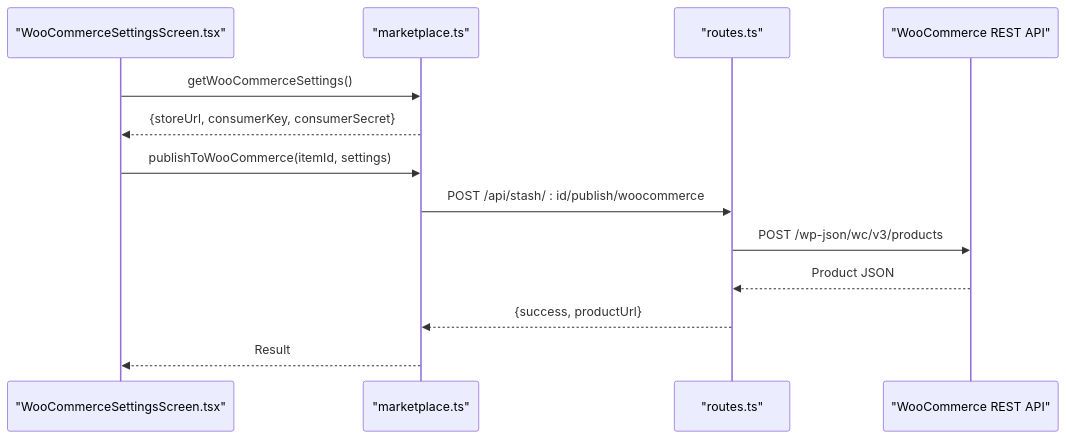
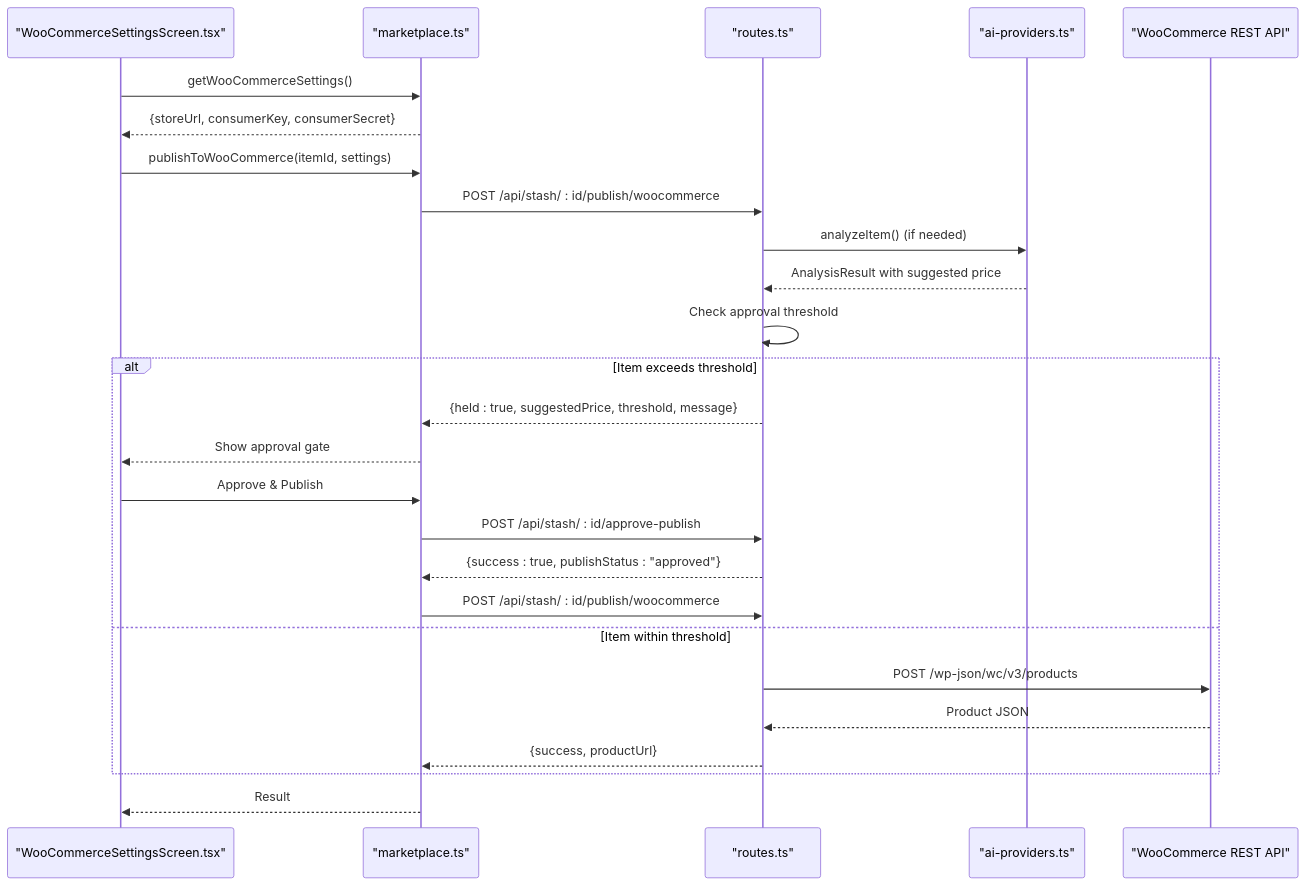
Before and after one commit to hunglevi87/Hidden-Gem: the fourth of 6 diagrams in .qoder/repowiki/en/content/Marketplace Integration/Marketplace Integration.md, drawn with Mermaid. The commit also changed other lines of this file and 5 other files, not shown here.

````diff
--- a/.qoder/repowiki/en/content/Marketplace Integration/Marketplace Integration.md
+++ b/.qoder/repowiki/en/content/Marketplace Integration/Marketplace Integration.md
@@ -201,15 +272,28 @@
 ```mermaid
 sequenceDiagram
 participant UI as "WooCommerceSettingsScreen.tsx"
 participant CL as "marketplace.ts"
 participant SV as "routes.ts"
+participant AI as "ai-providers.ts"
 participant WC as "WooCommerce REST API"
 UI->>CL : getWooCommerceSettings()
 CL-->>UI : {storeUrl, consumerKey, consumerSecret}
 UI->>CL : publishToWooCommerce(itemId, settings)
 CL->>SV : POST /api/stash/ : id/publish/woocommerce
+SV->>AI : analyzeItem() (if needed)
+AI-->>SV : AnalysisResult with suggested price
+SV->>SV : Check approval threshold
+alt Item exceeds threshold
+SV-->>CL : {held : true, suggestedPrice, threshold, message}
+CL-->>UI : Show approval gate
+UI->>CL : Approve & Publish
+CL->>SV : POST /api/stash/ : id/approve-publish
+SV-->>CL : {success : true, publishStatus : "approved"}
+CL->>SV : POST /api/stash/ : id/publish/woocommerce
+else Item within threshold
 SV->>WC : POST /wp-json/wc/v3/products
 WC-->>SV : Product JSON
 SV-->>CL : {success, productUrl}
+end
 CL-->>UI : Result
 ```
````
